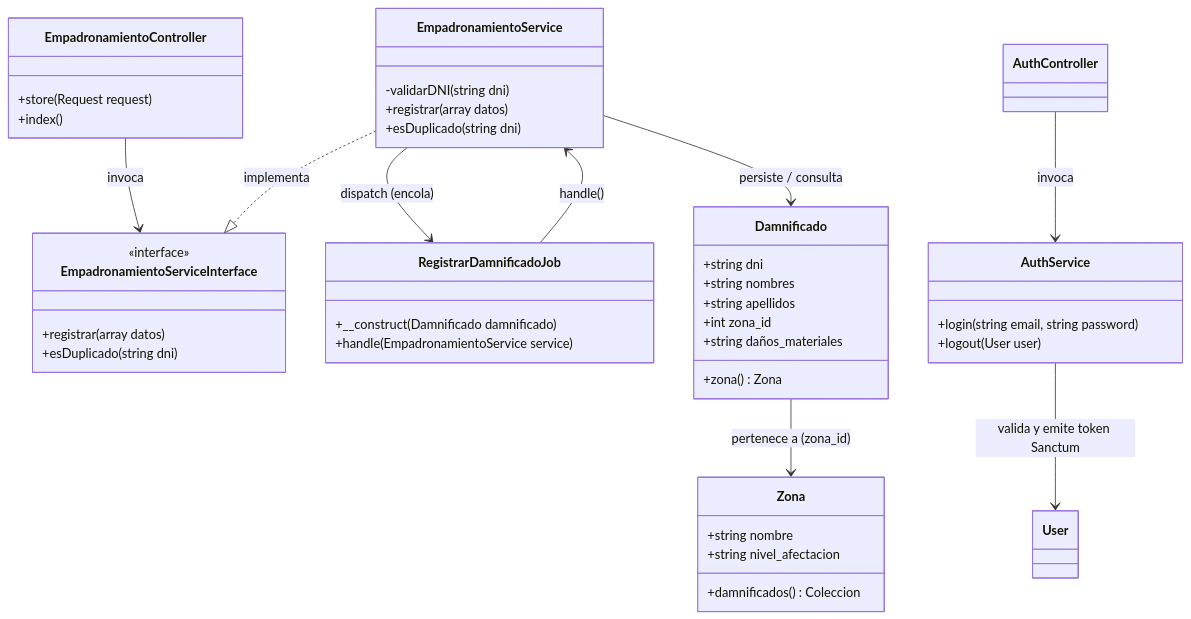
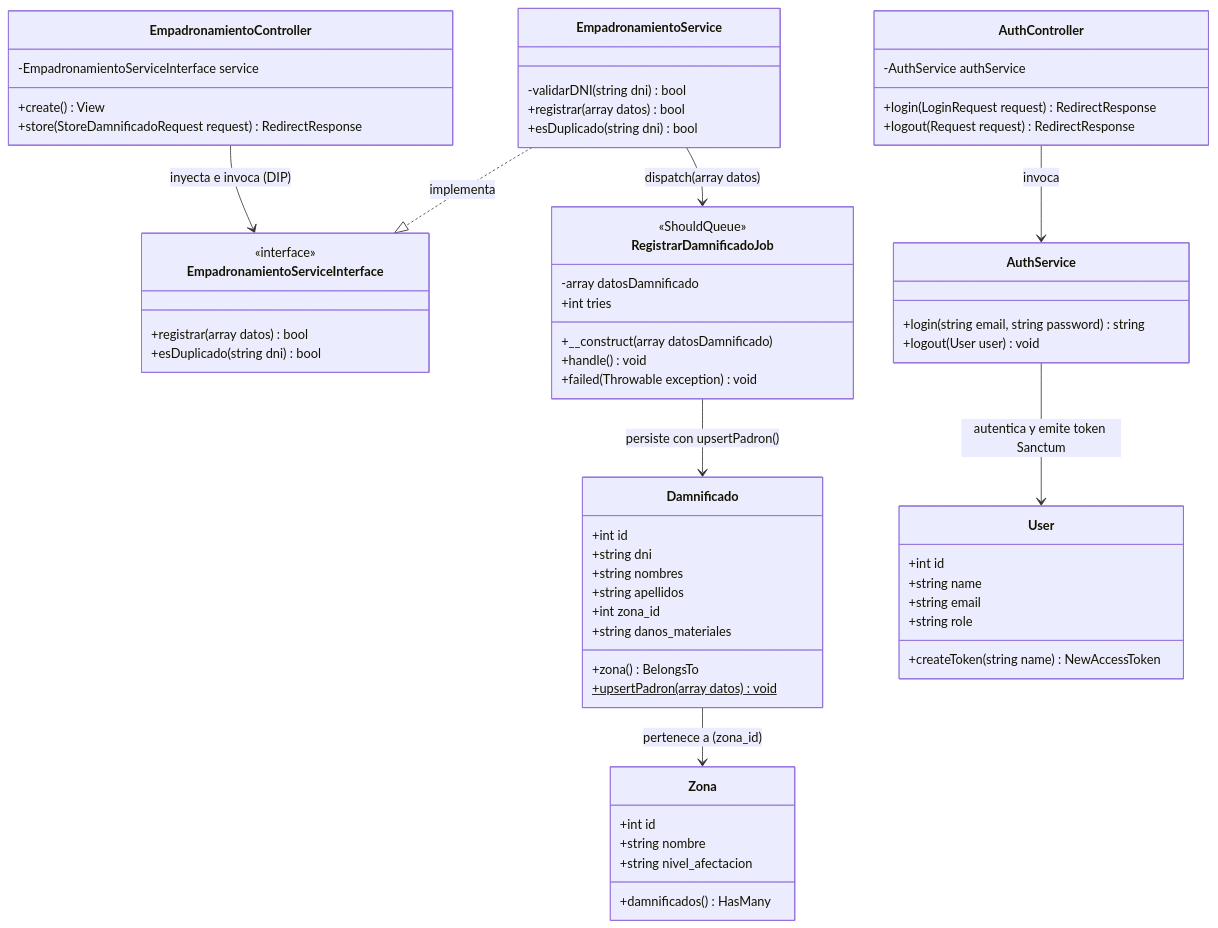
The diagram in img/fuentes-mermaid/nivel4-clases.mmd (gabrielquispe27-ops/Sistema-Empadronamiento_arquiSoft_Quispe-02), drawn with Mermaid before and after one commit. The commit also changed 31 other files, not shown here.

First line of the commit message:
docs(arquitectura): optimización C4, integración de Redis y diagramas actualizados

```diff
--- a/img/fuentes-mermaid/nivel4-clases.mmd
+++ b/img/fuentes-mermaid/nivel4-clases.mmd
@@ -1,45 +1,72 @@
 classDiagram
     class EmpadronamientoController {
-        +store(Request request)
-        +index()
+        -EmpadronamientoServiceInterface service
+        +create() View
+        +store(StoreDamnificadoRequest request) RedirectResponse
     }
+
     class EmpadronamientoServiceInterface {
         <<interface>>
-        +registrar(array datos)
-        +esDuplicado(string dni)
+        +registrar(array datos) bool
+        +esDuplicado(string dni) bool
     }
+
     class EmpadronamientoService {
-        -validarDNI(string dni)
-        +registrar(array datos)
-        +esDuplicado(string dni)
+        -validarDNI(string dni) bool
+        +registrar(array datos) bool
+        +esDuplicado(string dni) bool
     }
+
     class RegistrarDamnificadoJob {
-        +__construct(Damnificado damnificado)
-        +handle(EmpadronamientoService service)
+        <<ShouldQueue>>
+        -array datosDamnificado
+        +int tries
+        +__construct(array datosDamnificado)
+        +handle() void
+        +failed(Throwable exception) void
     }
+
     class Damnificado {
+        +int id
         +string dni
         +string nombres
         +string apellidos
         +int zona_id
-        +string daños_materiales
-        +zona() Zona
+        +string danos_materiales
+        +zona() BelongsTo
+        +upsertPadron(array datos)$ void
     }
+
     class Zona {
+        +int id
         +string nombre
         +string nivel_afectacion
-        +damnificados() Coleccion
-    }
-    class AuthService {
-        +login(string email, string password)
-        +logout(User user)
+        +damnificados() HasMany
     }
 
-    EmpadronamientoController --> EmpadronamientoServiceInterface : invoca
+    class AuthController {
+        -AuthService authService
+        +login(LoginRequest request) RedirectResponse
+        +logout(Request request) RedirectResponse
+    }
+
+    class AuthService {
+        +login(string email, string password) string
+        +logout(User user) void
+    }
+
+    class User {
+        +int id
+        +string name
+        +string email
+        +string role
+        +createToken(string name) NewAccessToken
+    }
+
+    EmpadronamientoController --> EmpadronamientoServiceInterface : inyecta e invoca (DIP)
     EmpadronamientoService ..|> EmpadronamientoServiceInterface : implementa
-    EmpadronamientoService --> Damnificado : persiste / consulta
-    EmpadronamientoService --> RegistrarDamnificadoJob : dispatch (encola)
-    RegistrarDamnificadoJob --> EmpadronamientoService : handle()
+    EmpadronamientoService --> RegistrarDamnificadoJob : dispatch(array datos)
+    RegistrarDamnificadoJob --> Damnificado : persiste con upsertPadron()
     Damnificado --> Zona : pertenece a (zona_id)
     AuthController --> AuthService : invoca
-    AuthService --> User : valida y emite token Sanctum
+    AuthService --> User : autentica y emite token Sanctum
```
